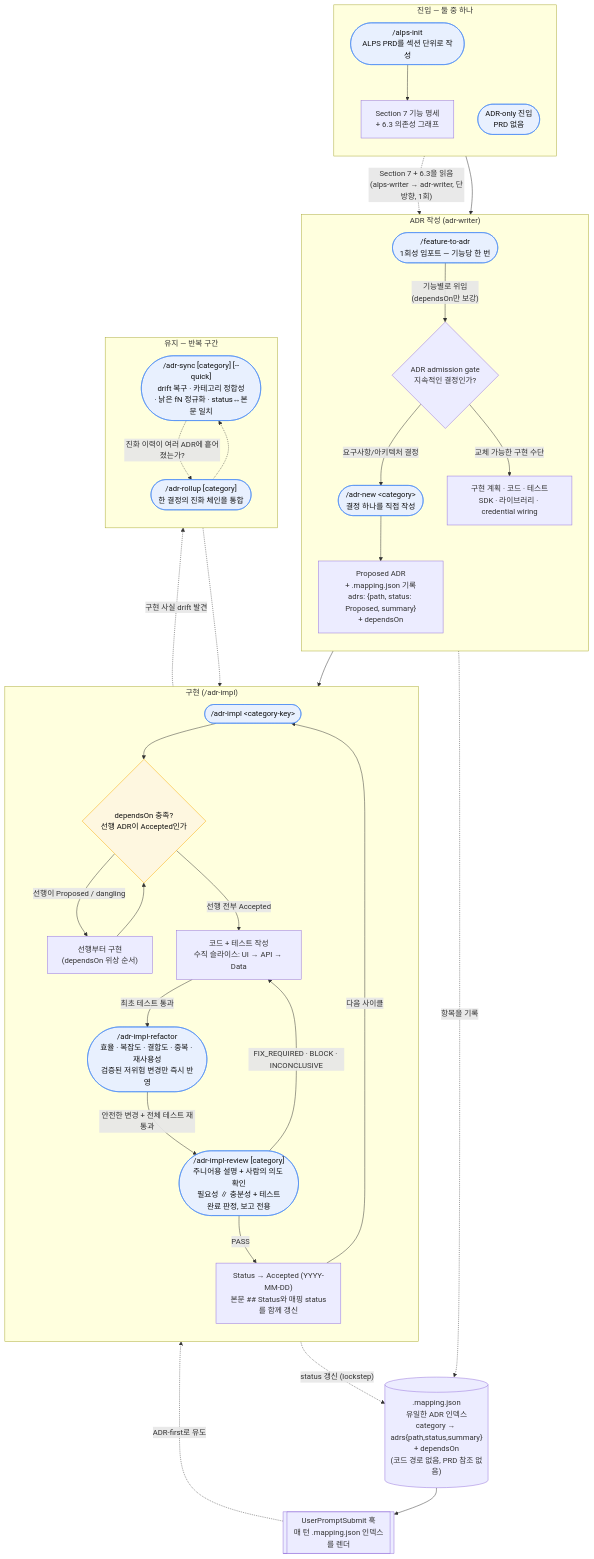
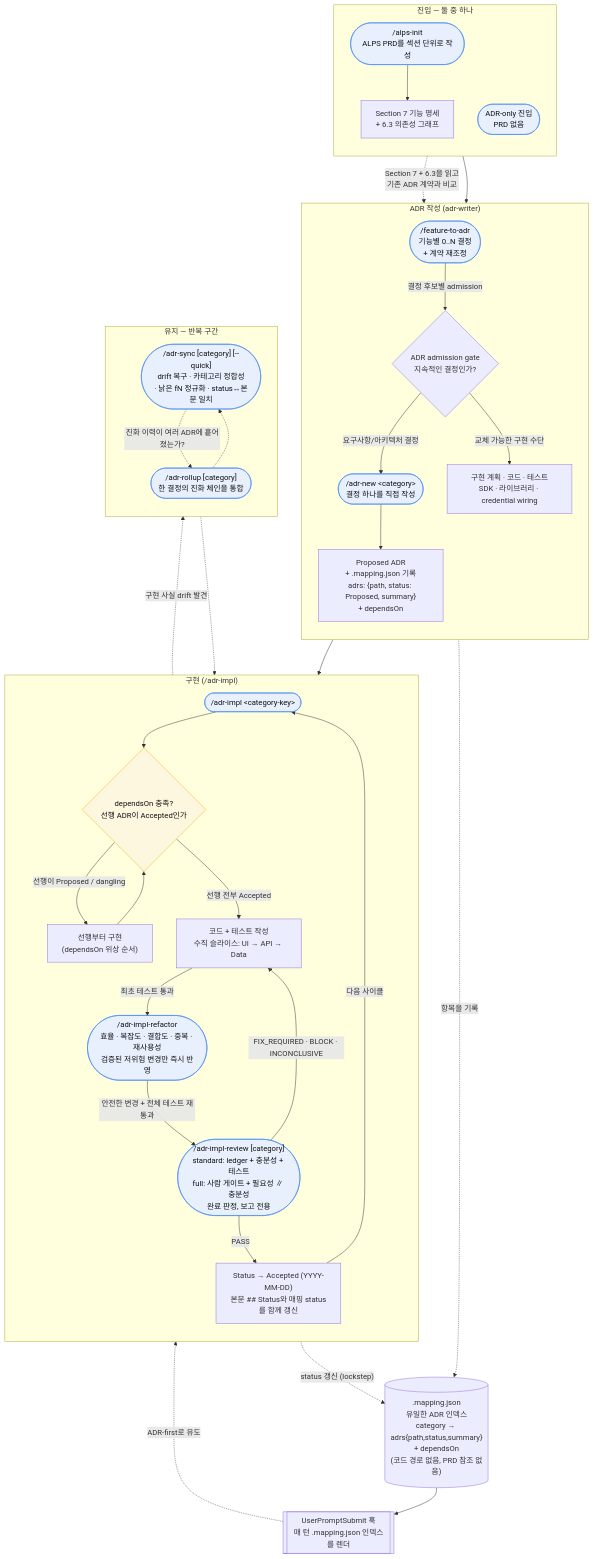
Before and after one commit to haandol/alps-writer-mcp: the first of 8 diagrams in docs/adr-process.md, drawn with Mermaid. The commit also changed other lines of this file and 59 other files, not shown here.

````diff
--- a/docs/adr-process.md
+++ b/docs/adr-process.md
@@ -29,70 +29,70 @@
 ```mermaid
 flowchart TD
     subgraph entry["진입 — 둘 중 하나"]
         direction TB
         AlpsInit(["/alps-init<br/>ALPS PRD를 섹션 단위로 작성"])
         S7["Section 7 기능 명세<br/>+ 6.3 의존성 그래프"]
         AlpsInit --> S7
         ADROnly(["ADR-only 진입<br/>PRD 없음"])
     end
 
     subgraph author["ADR 작성 (adr-writer)"]
         direction TB
-        F2A(["/feature-to-adr<br/>1회성 임포트 — 기능당 한 번"])
+        F2A(["/feature-to-adr<br/>기능별 0..N 결정<br/>+ 계약 재조정"])
         Admit{"ADR admission gate<br/>지속적인 결정인가?"}
         Detail["구현 계획 · 코드 · 테스트<br/>SDK · 라이브러리 · credential wiring"]
         New(["/adr-new &lt;category&gt;<br/>결정 하나를 직접 작성"])
         Proposed["Proposed ADR<br/>+ .mapping.json 기록<br/>adrs: {path, status: Proposed, summary}<br/>+ dependsOn"]
-        F2A -->|"기능별로 위임<br/>(dependsOn만 보강)"| Admit
+        F2A -->|"결정 후보별 admission"| Admit
         ADROnly --> Admit
         Admit -->|"요구사항/아키텍처 결정"| New
         Admit -->|"교체 가능한 구현 수단"| Detail
         New --> Proposed
     end
 
     subgraph impl["구현 (/adr-impl)"]
         direction TB
         Impl(["/adr-impl &lt;category-key&gt;"])
         Gate{"dependsOn 충족?<br/>선행 ADR이 Accepted인가"}
         Prereq["선행부터 구현<br/>(dependsOn 위상 순서)"]
         Code["코드 + 테스트 작성<br/>수직 슬라이스: UI → API → Data"]
         Refactor(["/adr-impl-refactor<br/>효율 · 복잡도 · 결합도 · 중복 · 재사용성<br/>검증된 저위험 변경만 즉시 반영"])
-        Review(["/adr-impl-review [category]<br/>주니어용 설명 + 사람의 의도 확인<br/>필요성 ∥ 충분성 + 테스트<br/>완료 판정, 보고 전용"])
+        Review(["/adr-impl-review [category]<br/>standard: ledger + 충분성 + 테스트<br/>full: 사람 게이트 + 필요성 ∥ 충분성<br/>완료 판정, 보고 전용"])
         Accepted["Status → Accepted (YYYY-MM-DD)<br/>본문 ## Status와 매핑 status를 함께 갱신"]
         Impl --> Gate
         Gate -->|"선행이 Proposed / dangling"| Prereq
         Prereq --> Gate
         Gate -->|"선행 전부 Accepted"| Code
         Code -->|"최초 테스트 통과"| Refactor
         Refactor -->|"안전한 변경 + 전체 테스트 재통과"| Review
         Review -->|PASS| Accepted
         Review -->|"FIX_REQUIRED · BLOCK · INCONCLUSIVE"| Code
     end
 
     subgraph maint["유지 — 반복 구간"]
         direction TB
         Sync(["/adr-sync [category] [--quick]<br/>drift 복구 · 카테고리 정합성<br/>· 낡은 fN 정규화 · status↔본문 일치"])
         Rollup(["/adr-rollup [category]<br/>한 결정의 진화 체인을 통합"])
     end
 
     Mapping[(".mapping.json<br/>유일한 ADR 인덱스<br/>category → adrs{path,status,summary}<br/>+ dependsOn<br/>(코드 경로 없음, PRD 참조 없음)")]
     Hook[["UserPromptSubmit 훅<br/>매 턴 .mapping.json 인덱스를 렌더"]]
 
-    S7 -.->|"Section 7 + 6.3을 읽음<br/>(alps-writer → adr-writer, 단방향, 1회)"| F2A
+    S7 -.->|"Section 7 + 6.3을 읽고<br/>기존 ADR 계약과 비교"| F2A
     Proposed --> Impl
     Review -.->|"구현 사실 drift 발견"| Sync
     Sync -.-> Review
     Accepted -->|"다음 사이클"| Impl
     Sync -.->|"진화 이력이 여러 ADR에 흩어졌는가?"| Rollup
     Rollup -.-> Sync
 
     Proposed -.->|"항목을 기록"| Mapping
     Accepted -.->|"status 갱신 (lockstep)"| Mapping
     Mapping --> Hook
     Hook -.->|"ADR-first로 유도"| Impl
 
     classDef cmd fill:#e8f0fe,stroke:#4285f4,color:#111;
     classDef gate fill:#fef7e0,stroke:#f9ab00,color:#111;
     class AlpsInit,F2A,New,Impl,Refactor,Review,Sync,Rollup,ADROnly cmd;
     class Gate gate;
 ```
````
